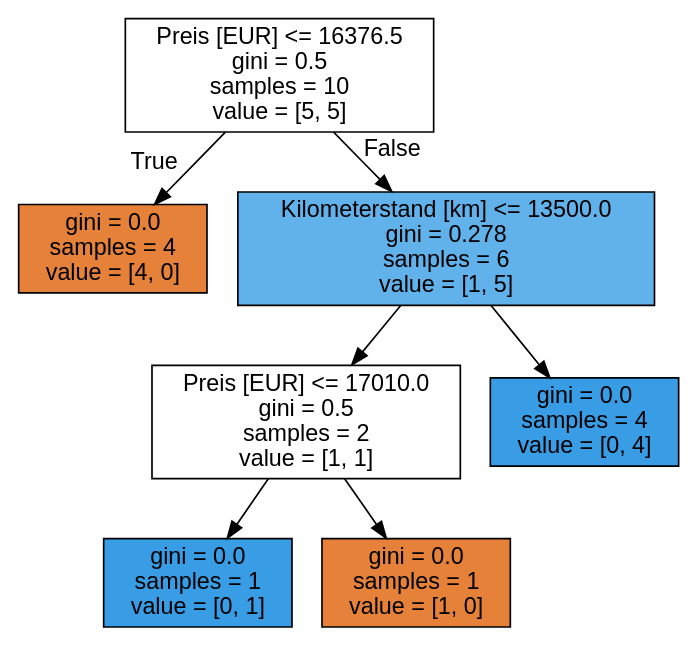
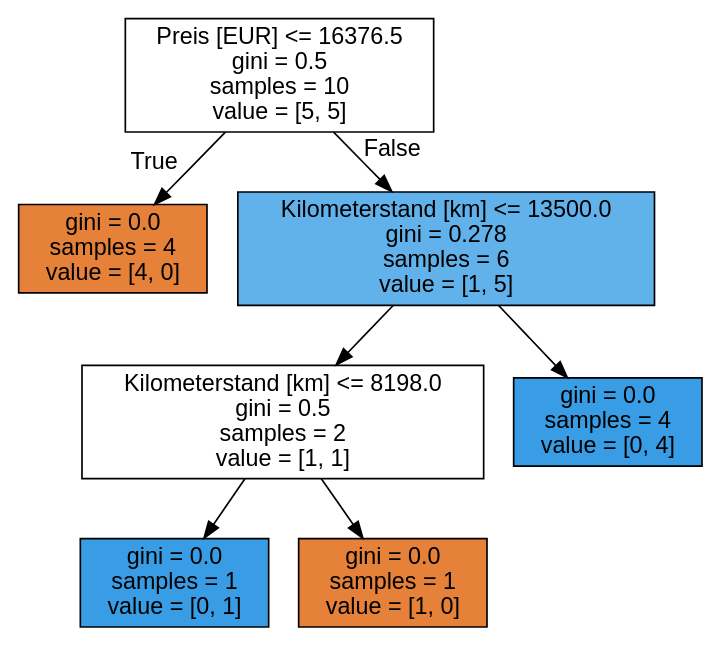
The diagram in doc/ml_chapter11/entscheidungsbaum_autohaus.dot (gramschs/book_dev), drawn with Graphviz before and after one commit. The commit also changed 35 other files, not shown here.

```diff
--- a/doc/ml_chapter11/entscheidungsbaum_autohaus.dot
+++ b/doc/ml_chapter11/entscheidungsbaum_autohaus.dot
@@ -1,17 +1,17 @@
 digraph Tree {
 node [shape=box, style="filled", color="black", fontname="helvetica"] ;
 edge [fontname="helvetica"] ;
 0 [label="Preis [EUR] <= 16376.5\ngini = 0.5\nsamples = 10\nvalue = [5, 5]", fillcolor="#ffffff"] ;
 1 [label="gini = 0.0\nsamples = 4\nvalue = [4, 0]", fillcolor="#e58139"] ;
 0 -> 1 [labeldistance=2.5, labelangle=45, headlabel="True"] ;
 2 [label="Kilometerstand [km] <= 13500.0\ngini = 0.278\nsamples = 6\nvalue = [1, 5]", fillcolor="#61b1ea"] ;
 0 -> 2 [labeldistance=2.5, labelangle=-45, headlabel="False"] ;
-3 [label="Preis [EUR] <= 17010.0\ngini = 0.5\nsamples = 2\nvalue = [1, 1]", fillcolor="#ffffff"] ;
+3 [label="Kilometerstand [km] <= 8198.0\ngini = 0.5\nsamples = 2\nvalue = [1, 1]", fillcolor="#ffffff"] ;
 2 -> 3 ;
 4 [label="gini = 0.0\nsamples = 1\nvalue = [0, 1]", fillcolor="#399de5"] ;
 3 -> 4 ;
 5 [label="gini = 0.0\nsamples = 1\nvalue = [1, 0]", fillcolor="#e58139"] ;
 3 -> 5 ;
 6 [label="gini = 0.0\nsamples = 4\nvalue = [0, 4]", fillcolor="#399de5"] ;
 2 -> 6 ;
 }
```
